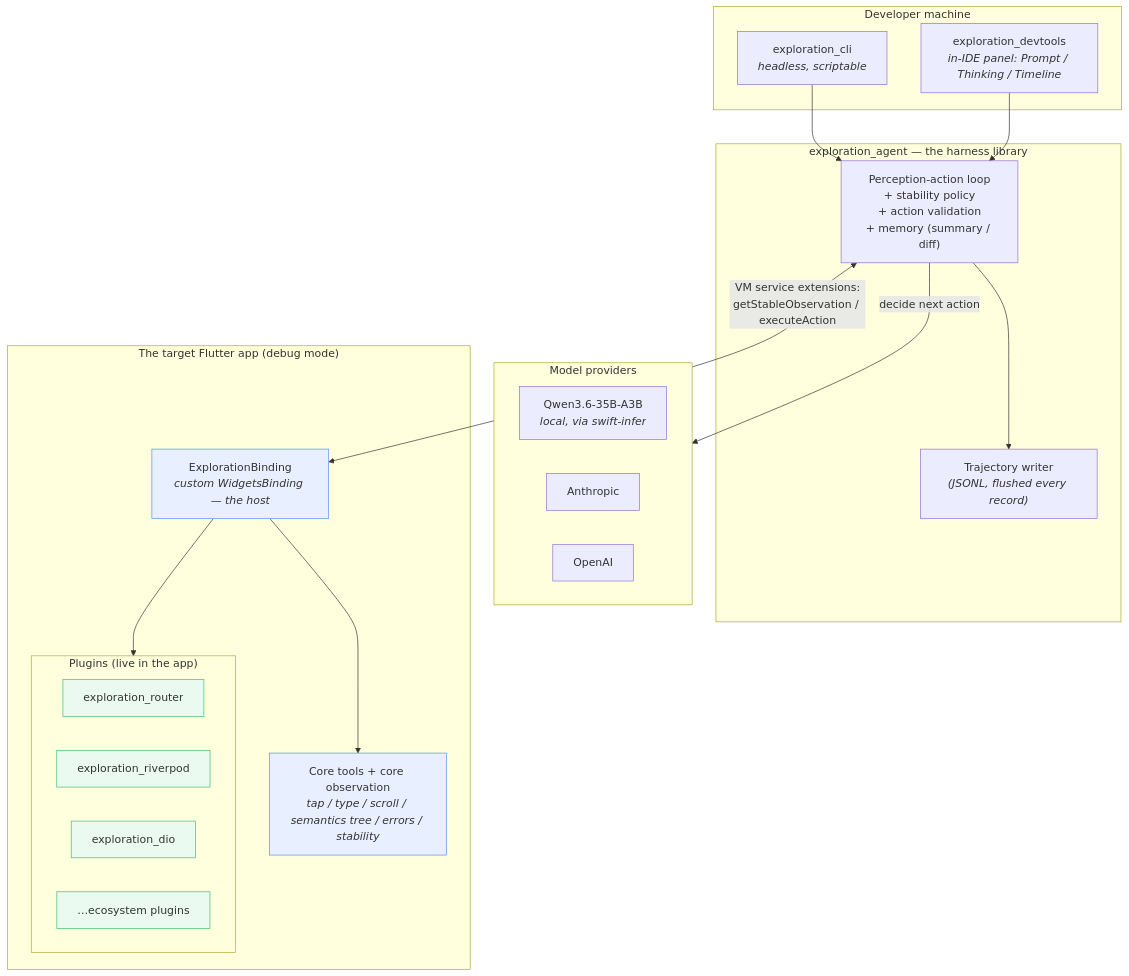
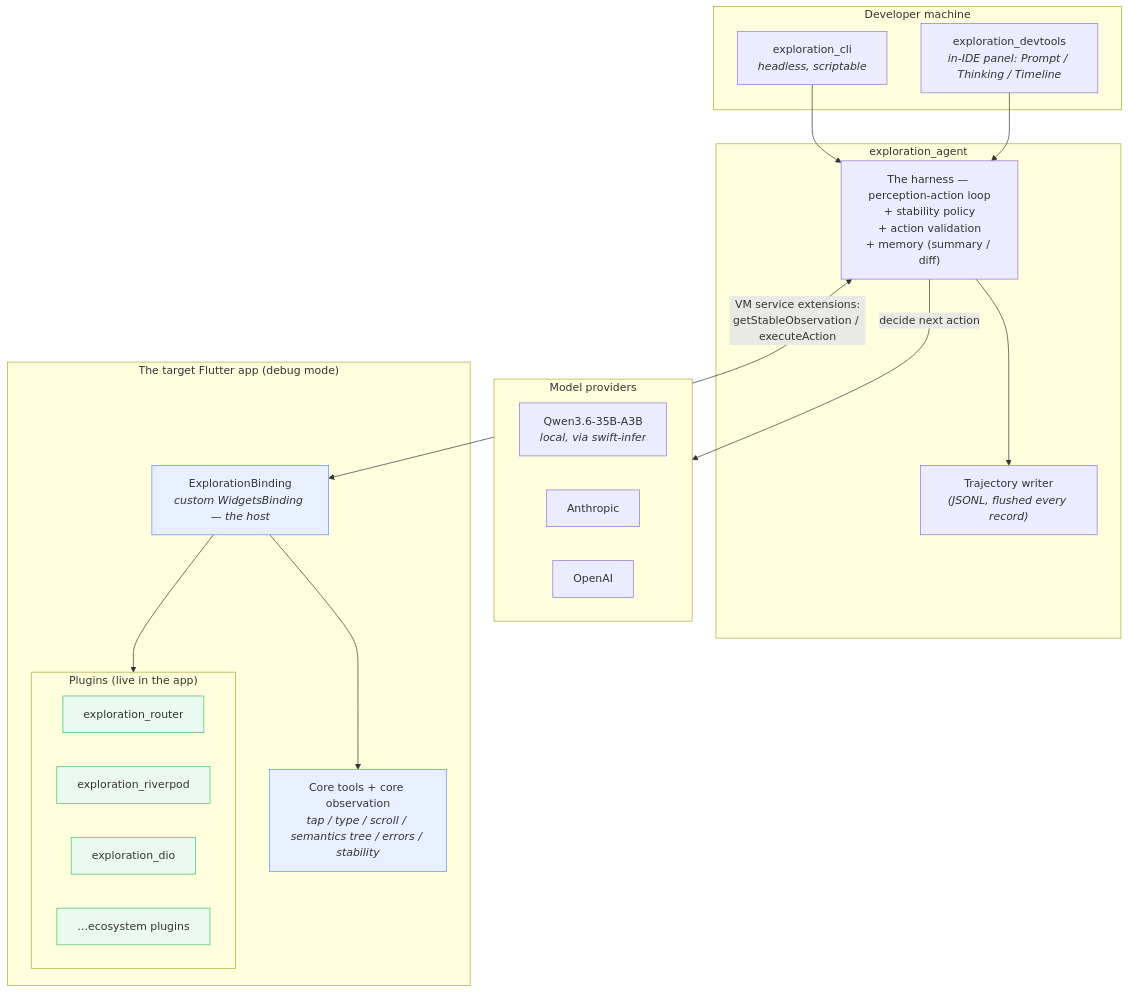
One commit to memento-engineering/lenny changed the first of 4 diagrams in docs/how-lenny-works.md. Above: the diagram before and after it, drawn with Mermaid.

Commit message:
docs: fix clipped subgraph title in how-lenny-works diagram 1
mmdc clipped "exploration_agent — the harness library" to the subgraph
box width. Shortened the subgraph title; moved "the harness" into the
node label. All four diagrams verified to render via mermaid-cli.

````diff
--- a/docs/how-lenny-works.md
+++ b/docs/how-lenny-works.md
@@ -73,42 +73,42 @@
 ```mermaid
 graph TB
     subgraph dev["Developer machine"]
         cli["exploration_cli<br/><i>headless, scriptable</i>"]
         dt["exploration_devtools<br/><i>in-IDE panel: Prompt / Thinking / Timeline</i>"]
     end
 
-    subgraph harness_box["exploration_agent — the harness library"]
-        loop["Perception-action loop<br/>+ stability policy<br/>+ action validation<br/>+ memory (summary / diff)"]
+    subgraph harness_box["exploration_agent"]
+        loop["The harness — perception-action loop<br/>+ stability policy<br/>+ action validation<br/>+ memory (summary / diff)"]
         traj["Trajectory writer<br/><i>(JSONL, flushed every record)</i>"]
         loop --> traj
     end
 
     subgraph models["Model providers"]
         qwen["Qwen3.6-35B-A3B<br/><i>local, via swift-infer</i>"]
         claude["Anthropic"]
         openai["OpenAI"]
     end
 
     subgraph app["The target Flutter app (debug mode)"]
         binding["ExplorationBinding<br/><i>custom WidgetsBinding — the host</i>"]
         core["Core tools + core observation<br/><i>tap / type / scroll / semantics tree / errors / stability</i>"]
         subgraph plugins["Plugins (live in the app)"]
             router_p["exploration_router"]
             riverpod_p["exploration_riverpod"]
             dio_p["exploration_dio"]
             more["…ecosystem plugins"]
         end
         binding --> core
         binding --> plugins
     end
 
     cli --> loop
     dt --> loop
     loop -->|"decide next action"| models
     loop <-->|"VM service extensions:<br/>getStableObservation / executeAction"| binding
 
     classDef host fill:#e8f0ff,stroke:#5b8def;
     classDef plug fill:#eafaf0,stroke:#3fbf6f;
     class binding,core host;
     class router_p,riverpod_p,dio_p,more plug;
 ```
````
